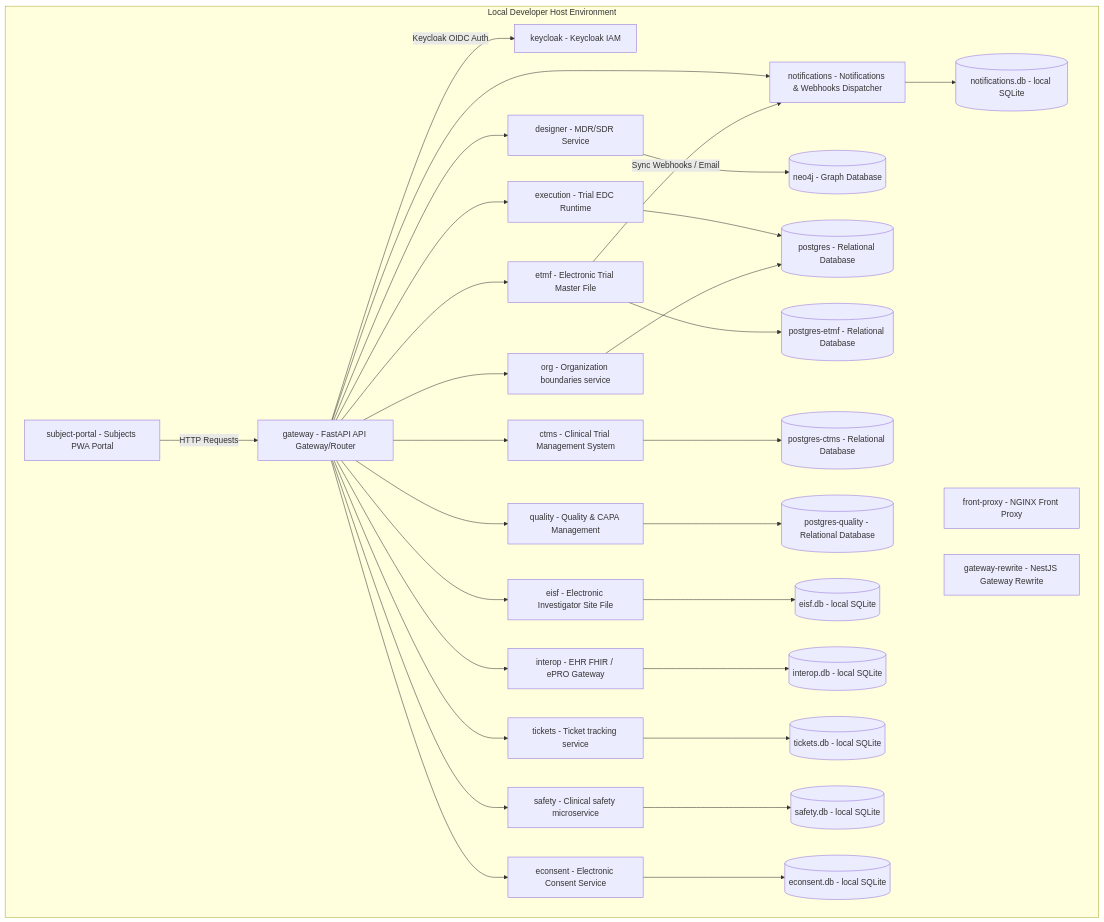
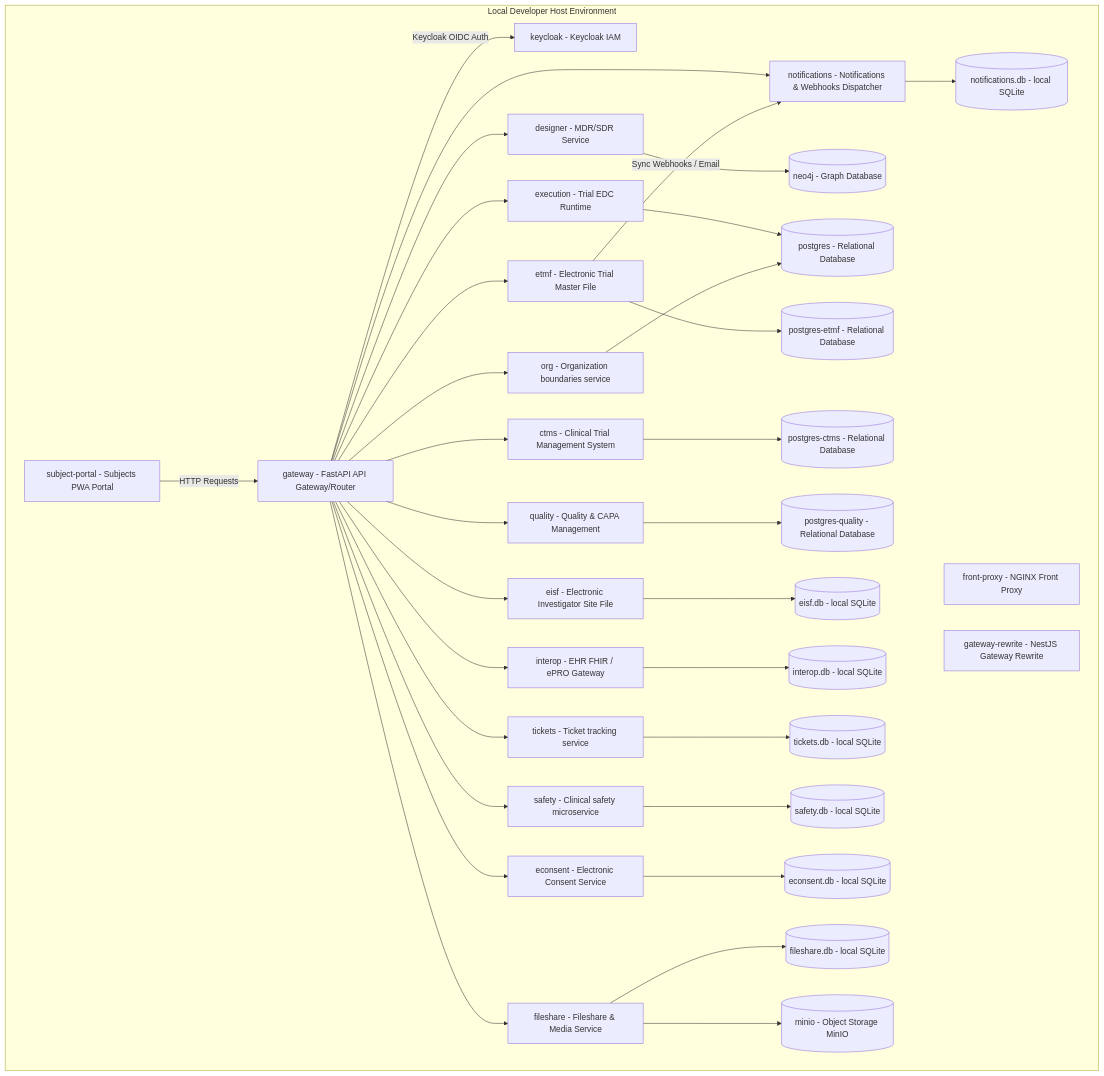
One commit to fderuiter/cadence-clinical changed the first of 2 diagrams in ARCHITECTURE.md. Above: the diagram before and after it, drawn with Mermaid. The commit also changed other lines of this file and 130 other files, not shown here.

Commit message:
refactor: consolidate audit trail logging and modernize knowledge management architecture across application modules

````diff
--- a/ARCHITECTURE.md
+++ b/ARCHITECTURE.md
@@ -189,74 +201,82 @@
 ```mermaid
 flowchart TD
     subgraph Local Developer Host Environment
         subject-portal[subject-portal - Subjects PWA Portal]
         front-proxy[front-proxy - NGINX Front Proxy]
         gateway[gateway - FastAPI API Gateway/Router]
         gateway-rewrite[gateway-rewrite - NestJS Gateway Rewrite]
         keycloak[keycloak - Keycloak IAM]
         designer[designer - MDR/SDR Service]
         execution[execution - Trial EDC Runtime]
         org[org - Organization boundaries service]
         eisf[eisf - Electronic Investigator Site File]
         etmf[etmf - Electronic Trial Master File]
         ctms[ctms - Clinical Trial Management System]
         quality[quality - Quality & CAPA Management]
         interop[interop - EHR FHIR / ePRO Gateway]
         tickets[tickets - Ticket tracking service]
         safety[safety - Clinical safety microservice]
         notifications[notifications - Notifications & Webhooks Dispatcher]
         econsent[econsent - Electronic Consent Service]
+        fileshare[fileshare - Fileshare & Media Service]
 
-        %% Databases
+        %% Databases & Object Storage
         postgres[(postgres - Relational Database)]
         postgres-etmf[(postgres-etmf - Relational Database)]
         postgres-ctms[(postgres-ctms - Relational Database)]
         postgres-quality[(postgres-quality - Relational Database)]
         neo4j[(neo4j - Graph Database)]
+        minio[(minio - Object Storage MinIO)]
 
         %% SQLite file boundaries
         sqlite_eisf[(eisf.db - local SQLite)]
         sqlite_interop[(interop.db - local SQLite)]
         sqlite_tickets[(tickets.db - local SQLite)]
         sqlite_safety[(safety.db - local SQLite)]
         sqlite_notifications[(notifications.db - local SQLite)]
         sqlite_econsent[(econsent.db - local SQLite)]
+        sqlite_fileshare[(fileshare.db - local SQLite)]
     end
 
     %% Routing Flow
     subject-portal -->|HTTP Requests| gateway
     gateway -->|Keycloak OIDC Auth| keycloak
 
     %% API Routing
     gateway --> designer
     gateway --> execution
     gateway --> org
     gateway --> eisf
     gateway --> etmf
     gateway --> ctms
     gateway --> quality
     gateway --> interop
     gateway --> tickets
     gateway --> safety
     gateway --> notifications
     gateway --> econsent
+    gateway --> fileshare
 
     %% Shared storage connections
     designer --> neo4j
     execution --> postgres
     org --> postgres
     etmf --> postgres-etmf
     ctms --> postgres-ctms
     quality --> postgres-quality
 
     %% Individual SQLite files
     eisf --> sqlite_eisf
     interop --> sqlite_interop
     tickets --> sqlite_tickets
     safety --> sqlite_safety
     notifications --> sqlite_notifications
     econsent --> sqlite_econsent
+    fileshare --> sqlite_fileshare
+
+    %% Object Storage
+    fileshare --> minio
 
     %% Inter-service events
     etmf -->|Sync Webhooks / Email| notifications
 ```
````
